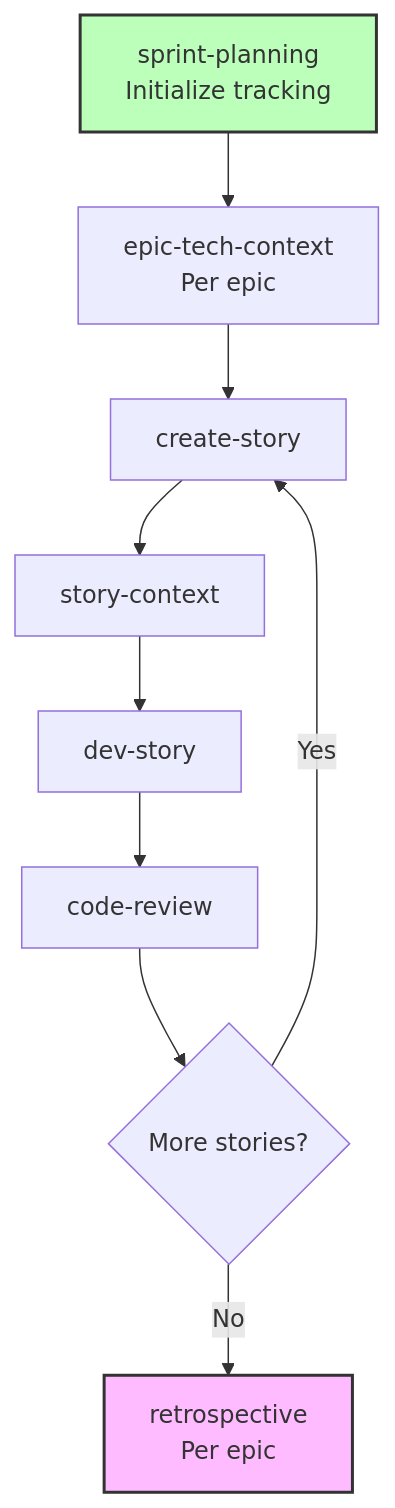
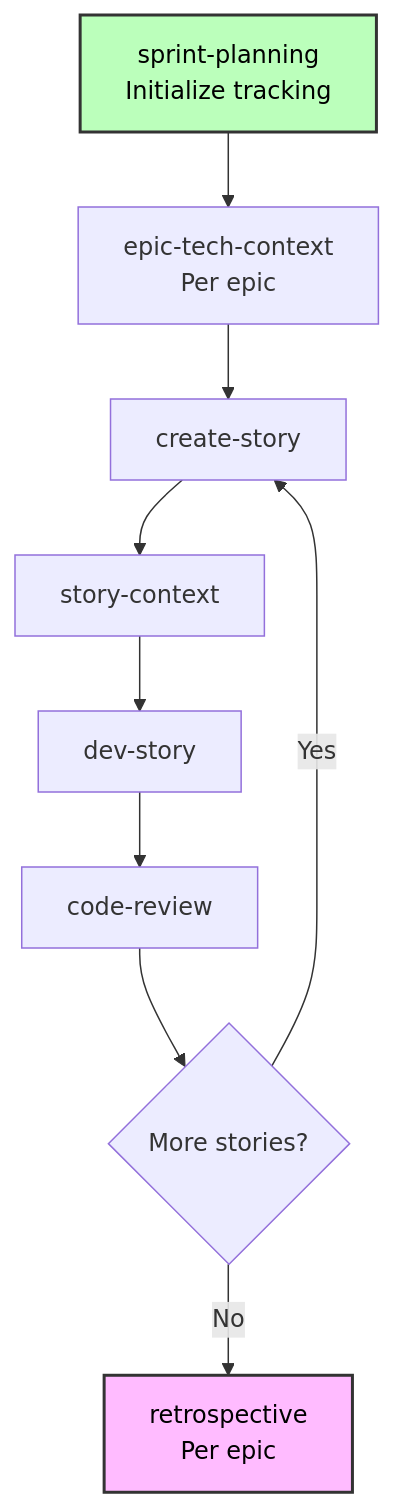
One commit to steven-d-pennington/symptom-tracker changed the first of 2 diagrams in bmad/bmm/docs/brownfield-guide.md. Above: the diagram before and after it, drawn with Mermaid. The commit also changed other lines of this file and 204 other files, not shown here.

````diff
--- a/bmad/bmm/docs/brownfield-guide.md
+++ b/bmad/bmm/docs/brownfield-guide.md
@@ -319,23 +318,23 @@
 ```mermaid
 flowchart TD
     SPRINT[sprint-planning<br/>Initialize tracking]
     EPIC[epic-tech-context<br/>Per epic]
     CREATE[create-story]
     CONTEXT[story-context]
     DEV[dev-story]
     REVIEW[code-review]
     CHECK{More stories?}
     RETRO[retrospective<br/>Per epic]
 
     SPRINT --> EPIC
     EPIC --> CREATE
     CREATE --> CONTEXT
     CONTEXT --> DEV
     DEV --> REVIEW
     REVIEW --> CHECK
     CHECK -->|Yes| CREATE
     CHECK -->|No| RETRO
 
-    style SPRINT fill:#bfb,stroke:#333,stroke-width:2px
-    style RETRO fill:#fbf,stroke:#333,stroke-width:2px
+    style SPRINT fill:#bfb,stroke:#333,stroke-width:2px,color:#000
+    style RETRO fill:#fbf,stroke:#333,stroke-width:2px,color:#000
 ```
````
